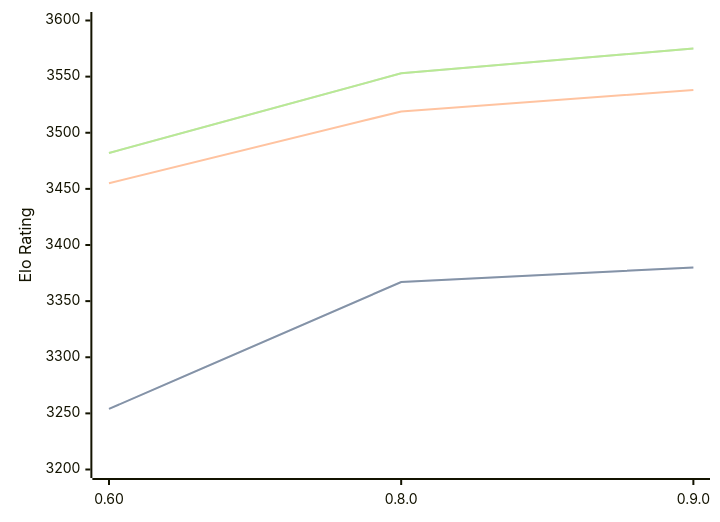
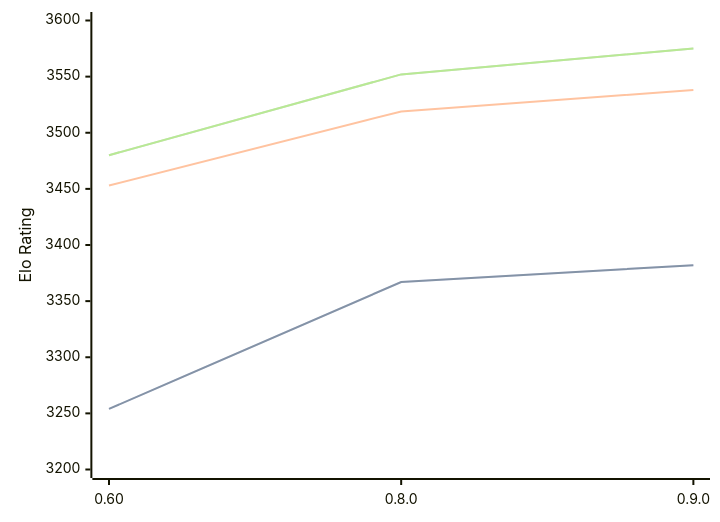
Before and after one commit to computer-chess-index/cci: the diagram in engines/Motor.md, drawn with Mermaid. The commit also changed other lines of this file, not shown here.

Commit message:
Update CCI Ratings (ELO VLTC) - 2026-02-28

````diff
--- a/engines/Motor.md
+++ b/engines/Motor.md
@@ -37,11 +37,11 @@
 ```mermaid
 %%{init: {"theme":"base","themeVariables":{"seriesColors:['#a3a3a3','#222221','#faa371']}}}%%
 xychart-beta
   x-axis ["0.60", "0.8.0", "0.9.0"]
   y-axis "Elo Rating" 3200 --> 3600
-  line "STC (8.0+0.08s)" [3254, 3367, 3380]
-  line "STC (8.0+0.08s)" [3254, 3367, 3380]
-  line "LTC (60.0+0.60s)" [3455, 3519, 3538]
-  line "VLTC (2m24s+1.12s)" [3482, 3553, 3575]
-  line "VLTC (2m24s+1.12s)" [3482, 3553, 3575]
+  line "STC (8.0+0.08s)" [3254, 3367, 3382]
+  line "STC (8.0+0.08s)" [3254, 3367, 3382]
+  line "LTC (60.0+0.60s)" [3453, 3519, 3538]
+  line "VLTC (2m24s+1.12s)" [3480, 3552, 3575]
+  line "VLTC (2m24s+1.12s)" [3480, 3552, 3575]
 ```
````
